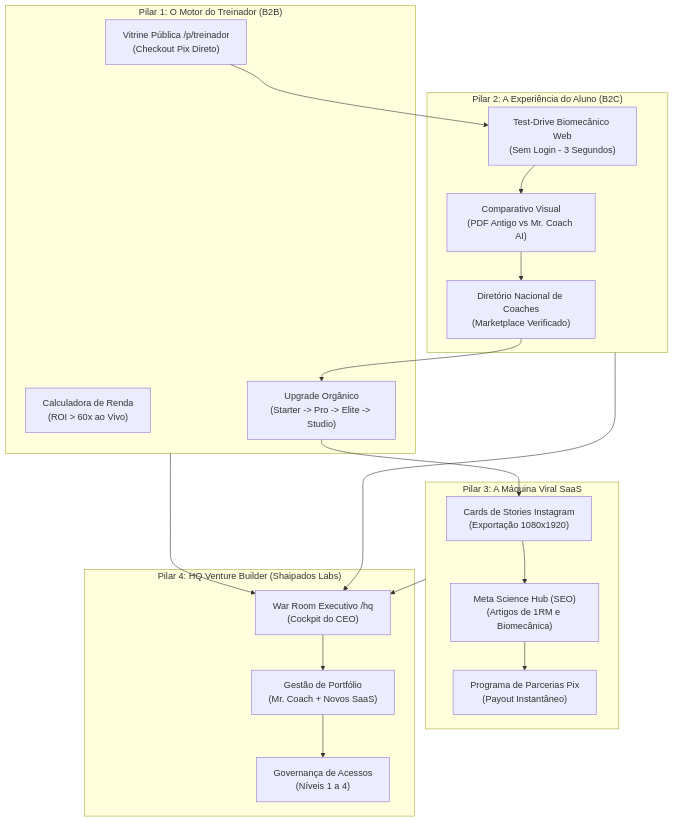
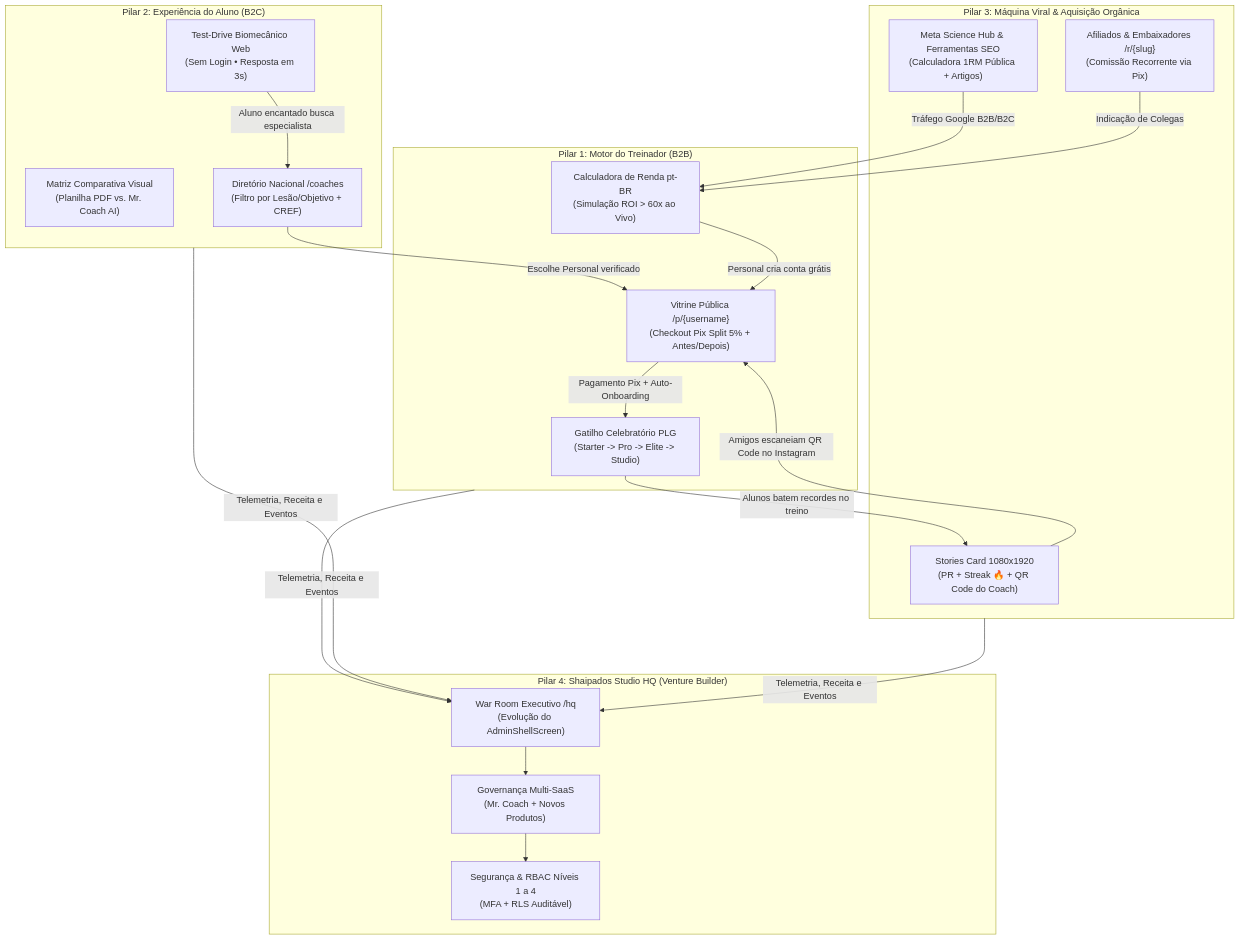
Before and after one commit to cleudsonx/B2B-personal-ia: the first of 3 diagrams in docs/proposta_modernizacao_paginas_publicas_ecossistema.md, drawn with Mermaid. The commit also changed other lines of this file, not shown here.

Commit message:
docs(strategy): refine public ecosystem modernization proposal v2.0 with monorepo audit, hybrid Pix checkout, QR viral loop, and HQ unification

````diff
--- a/docs/proposta_modernizacao_paginas_publicas_ecossistema.md
+++ b/docs/proposta_modernizacao_paginas_publicas_ecossistema.md
@@ -40,37 +54,38 @@
 ```mermaid
-graph TD
-    subgraph P1["Pilar 1: O Motor do Treinador (B2B)"]
-        Vitrine["Vitrine Pública /p/treinador\n(Checkout Pix Direto)"]
-        Calc["Calculadora de Renda\n(ROI > 60x ao Vivo)"]
-        Upgrade["Upgrade Orgânico\n(Starter -> Pro -> Elite -> Studio)"]
+flowchart TD
+    subgraph P1["Pilar 1: Motor do Treinador (B2B)"]
+        Calc["Calculadora de Renda pt-BR\n(Simulação ROI > 60x ao Vivo)"]
+        Vitrine["Vitrine Pública /p/{username}\n(Checkout Pix Split 5% + Antes/Depois)"]
+        Upgrade["Gatilho Celebratório PLG\n(Starter -> Pro -> Elite -> Studio)"]
     end
 
-    subgraph P2["Pilar 2: A Experiência do Aluno (B2C)"]
-        TestDrive["Test-Drive Biomecânico Web\n(Sem Login - 3 Segundos)"]
-        Diretorio["Diretório Nacional de Coaches\n(Marketplace Verificado)"]
-        Quebra["Comparativo Visual\n(PDF Antigo vs Mr. Coach AI)"]
+    subgraph P2["Pilar 2: Experiência do Aluno (B2C)"]
+        TestDrive["Test-Drive Biomecânico Web\n(Sem Login • Resposta em 3s)"]
+        Quebra["Matriz Comparativa Visual\n(Planilha PDF vs. Mr. Coach AI)"]
+        Diretorio["Diretório Nacional /coaches\n(Filtro por Lesão/Objetivo + CREF)"]
     end
 
-    subgraph P3["Pilar 3: A Máquina Viral SaaS"]
-        Stories["Cards de Stories Instagram\n(Exportação 1080x1920)"]
-        Science["Meta Science Hub (SEO)\n(Artigos de 1RM e Biomecânica)"]
-        Afiliados["Programa de Parcerias Pix\n(Payout Instantâneo)"]
+    subgraph P3["Pilar 3: Máquina Viral & Aquisição Orgânica"]
+        Stories["Stories Card 1080x1920\n(PR + Streak 🔥 + QR Code do Coach)"]
+        Science["Meta Science Hub & Ferramentas SEO\n(Calculadora 1RM Pública + Artigos)"]
+        Afiliados["Afiliados & Embaixadores /r/{slug}\n(Comissão Recorrente via Pix)"]
     end
 
-    subgraph P4["Pilar 4: HQ Venture Builder (Shaipados Labs)"]
-        WarRoom["War Room Executivo /hq\n(Cockpit do CEO)"]
-        Portfolio["Gestão de Portfólio\n(Mr. Coach + Novos SaaS)"]
-        RBAC["Governança de Acessos\n(Níveis 1 a 4)"]
+    subgraph P4["Pilar 4: Shaipados Studio HQ (Venture Builder)"]
+        WarRoom["War Room Executivo /hq\n(Evolução do AdminShellScreen)"]
+        Portfolio["Governança Multi-SaaS\n(Mr. Coach + Novos Produtos)"]
+        RBAC["Segurança & RBAC Níveis 1 a 4\n(MFA + RLS Auditável)"]
     end
 
-    Vitrine --> TestDrive
-    TestDrive --> Quebra
-    Quebra --> Diretorio
-    Diretorio --> Upgrade
-    Upgrade --> Stories
-    Stories --> Science
-    Science --> Afiliados
-    P1 & P2 & P3 --> WarRoom
+    TestDrive -->|"Aluno encantado busca especialista"| Diretorio
+    Diretorio -->|"Escolhe Personal verificado"| Vitrine
+    Vitrine -->|"Pagamento Pix + Auto-Onboarding"| Upgrade
+    Calc -->|"Personal cria conta grátis"| Vitrine
+    Upgrade -->|"Alunos batem recordes no treino"| Stories
+    Stories -->|"Amigos escaneiam QR Code no Instagram"| Vitrine
+    Science -->|"Tráfego Google B2B/B2C"| Calc
+    Afiliados -->|"Indicação de Colegas"| Calc
+    P1 & P2 & P3 -->|"Telemetria, Receita e Eventos"| WarRoom
     WarRoom --> Portfolio
     Portfolio --> RBAC
 ```
````
